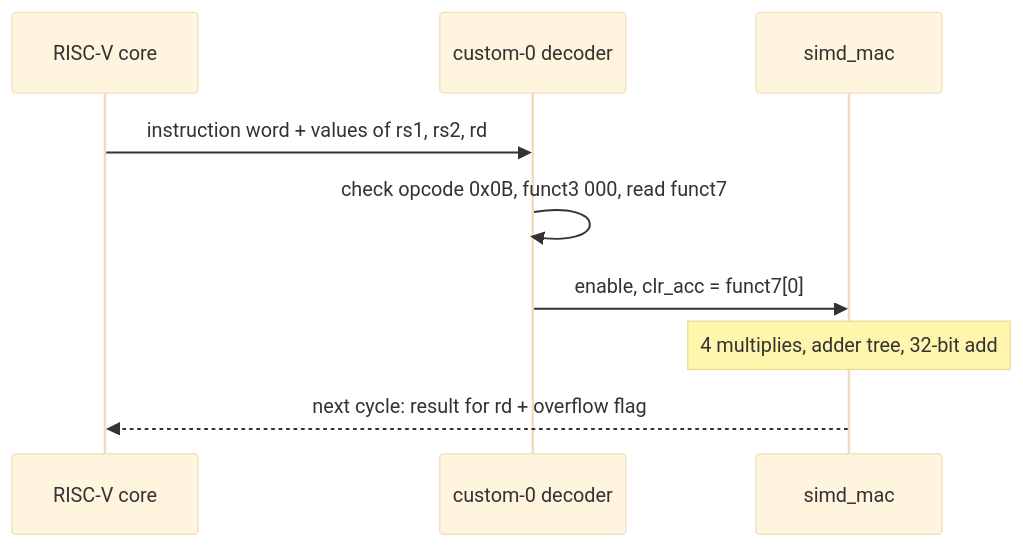
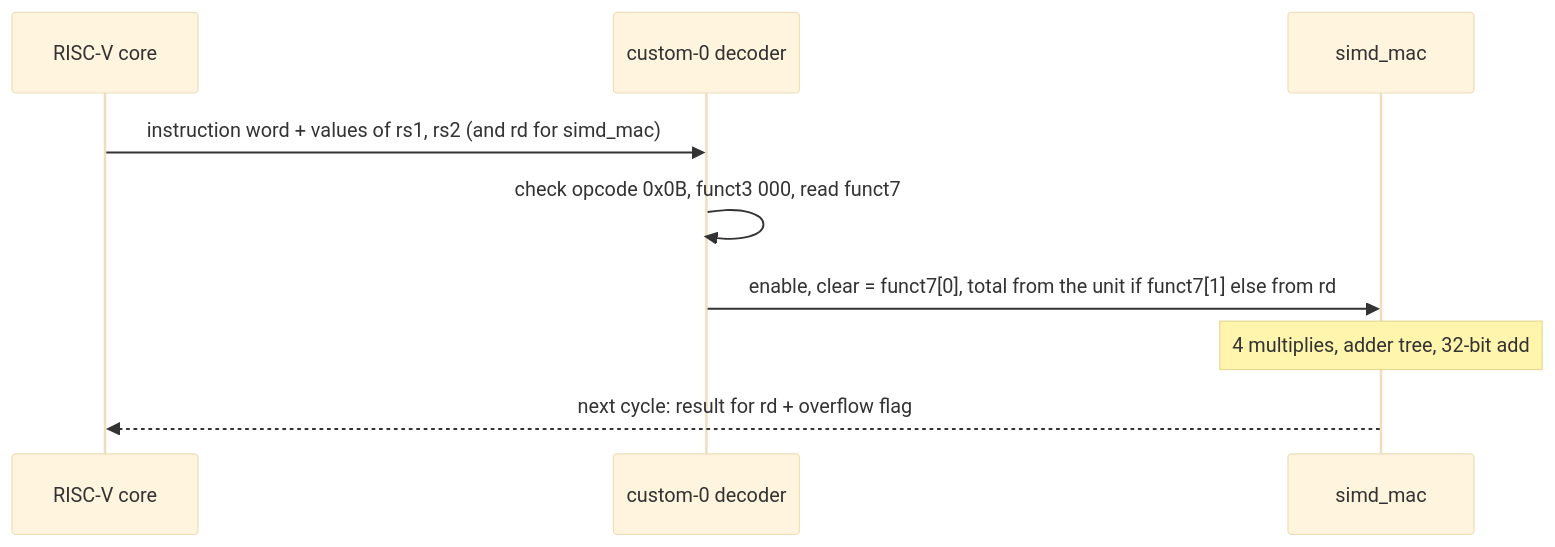
One commit to sajedulislam5840/riscv-edge-ai changed the second of 5 diagrams in README.md. Above: the diagram before and after it, drawn with Mermaid (base theme). The commit also changed other lines of this file and 9 other files, not shown here.

````diff
--- a/README.md
+++ b/README.md
@@ -109,11 +118,11 @@
 ```mermaid
 sequenceDiagram
     participant CPU as RISC-V core
     participant DEC as custom-0 decoder
     participant MAC as simd_mac
-    CPU->>DEC: instruction word + values of rs1, rs2, rd
+    CPU->>DEC: instruction word + values of rs1, rs2 (and rd for simd_mac)
     DEC->>DEC: check opcode 0x0B, funct3 000, read funct7
-    DEC->>MAC: enable, clr_acc = funct7[0]
+    DEC->>MAC: enable, clear = funct7[0], total from the unit if funct7[1] else from rd
     Note over MAC: 4 multiplies, adder tree, 32-bit add
     MAC-->>CPU: next cycle: result for rd + overflow flag
 ```
````
